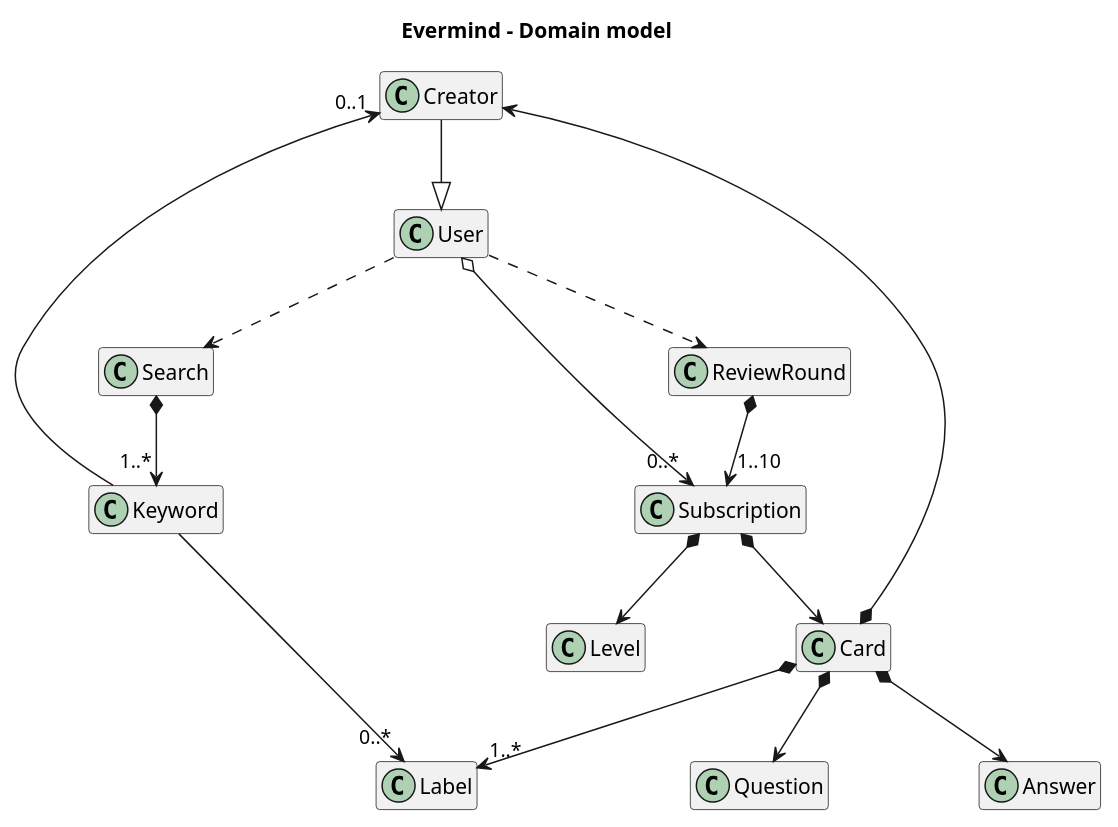
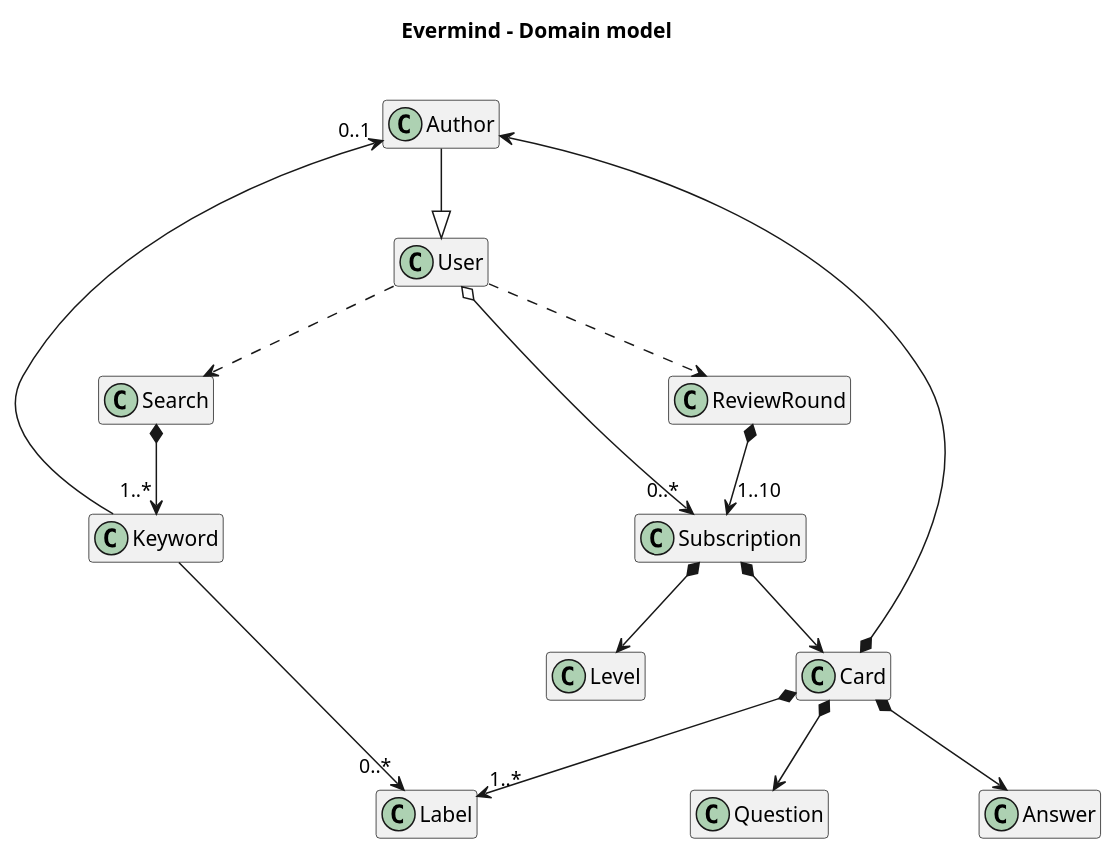
One commit to ferllop/evermind changed the diagram in app/doc/domain-model.puml. Above: the diagram before and after it, drawn with PlantUML. The commit also changed 7 other files, not shown here.

```diff
--- a/app/doc/domain-model.puml
+++ b/app/doc/domain-model.puml
@@ -1,38 +1,38 @@
 @startuml
 
 skinparam nodesep 100
 hide methods
 hide attributes
 hide stereotypes
 
-title Evermind - Domain model
+title Evermind - Domain model\n
 
 class User
-class Creator
+class Author
 class Subscription
 class Card
 class Question
 class Answer
 class Label
 class Search
 class Keyword
 class ReviewRound
 class Level
 
 User ..> Search
 User o--> "0..*" Subscription
-Creator --|> User
+Author --|> User
 Subscription *--> Card
 User ..> ReviewRound
 Subscription *--> Level
 Card *--> "1..*" Label
-Card *--> Creator
+Card *--> Author
 Card *--> Question
 Card *--> Answer
 Search *--> "1..*" Keyword
-Keyword -left-> "0..1" Creator
+Keyword -left-> "0..1" Author
 Keyword --> "0..*" Label
 ReviewRound *--> "1..10" Subscription
 
 
 @enduml
```
